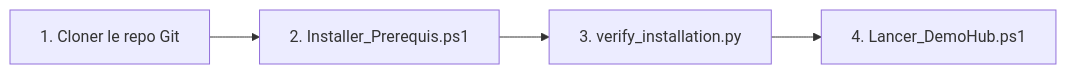
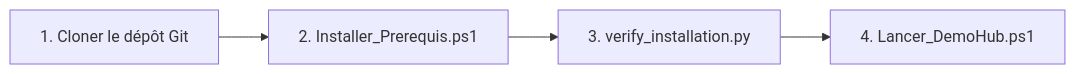
One commit to JuGhithub/CopilotPlusDemoHub changed the second of 2 diagrams in README.fr.md. Above: the diagram before and after it, drawn with Mermaid. The commit also changed other lines of this file and 8 other files, not shown here.

````diff
--- a/README.fr.md
+++ b/README.fr.md
@@ -148,6 +115,6 @@
 ```mermaid
 flowchart LR
-    Clone["1. Cloner le repo Git"] --> Install["2. Installer_Prerequis.ps1"]
+    Clone["1. Cloner le dépôt Git"] --> Install["2. Installer_Prerequis.ps1"]
     Install --> Verify["3. verify_installation.py"]
     Verify --> Run["4. Lancer_DemoHub.ps1"]
 ```
````
